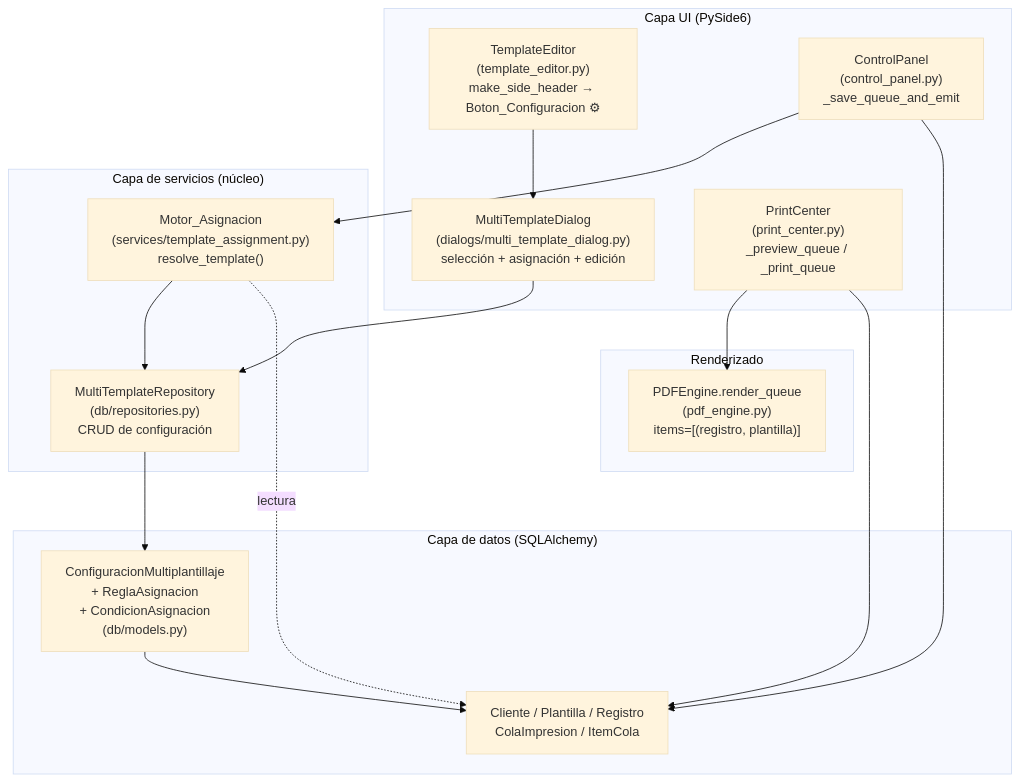
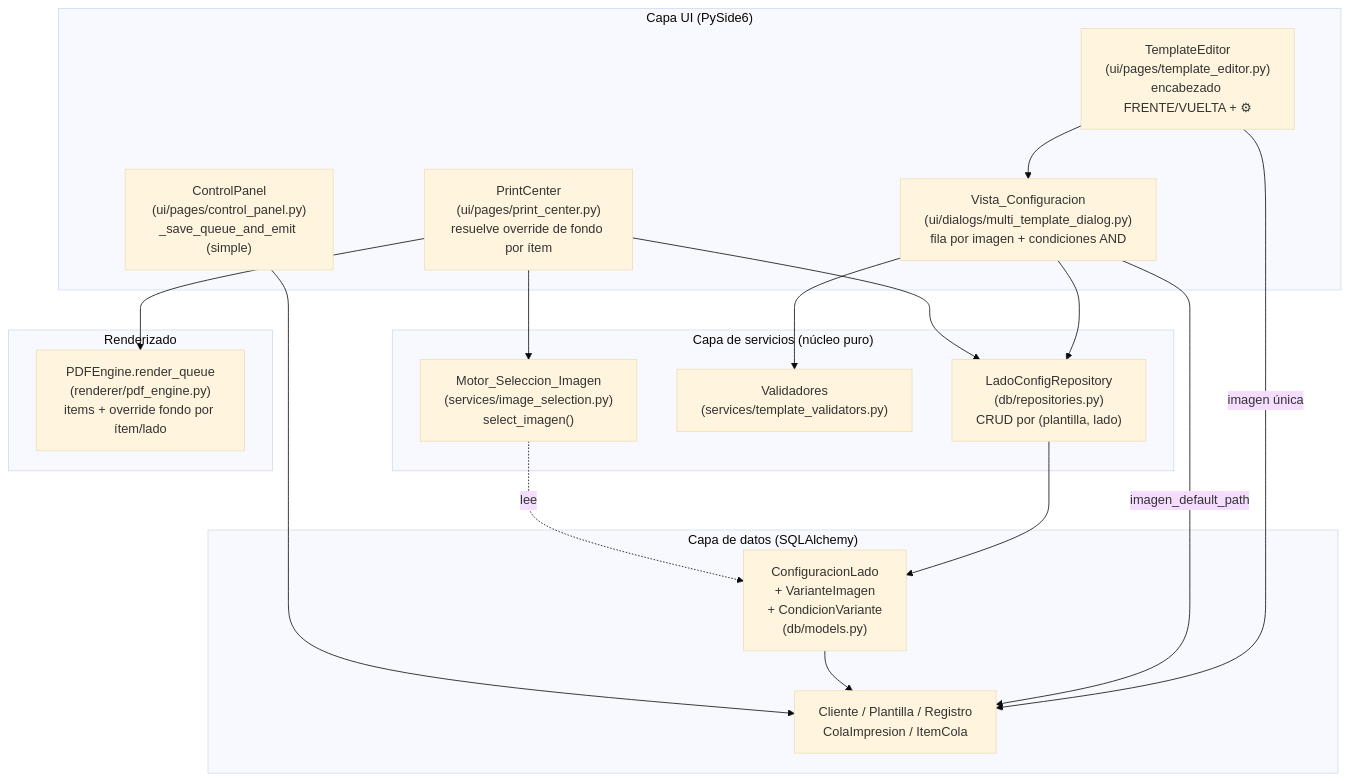
Before and after one commit to kioriy/sistema_credencializacion: the first of 4 diagrams in .kiro/specs/multiplantillaje-base/design.md, drawn with Mermaid (base theme). The commit also changed other lines of this file and 37 other files, not shown here.

Commit message:
Se mojoraro el panel de atributos en el dieseñador, el multiplantillaje, vista previa

````diff
--- a/.kiro/specs/multiplantillaje-base/design.md
+++ b/.kiro/specs/multiplantillaje-base/design.md
@@ -42,34 +62,37 @@
 ```mermaid
 graph TD
     subgraph UI["Capa UI (PySide6)"]
-        TE["TemplateEditor<br/>(template_editor.py)<br/>make_side_header → Boton_Configuracion ⚙"]
-        DLG["MultiTemplateDialog<br/>(dialogs/multi_template_dialog.py)<br/>selección + asignación + edición"]
-        CP["ControlPanel<br/>(control_panel.py)<br/>_save_queue_and_emit"]
-        PC["PrintCenter<br/>(print_center.py)<br/>_preview_queue / _print_queue"]
+        TE["TemplateEditor<br/>(ui/pages/template_editor.py)<br/>encabezado FRENTE/VUELTA + ⚙"]
+        DLG["Vista_Configuracion<br/>(ui/dialogs/multi_template_dialog.py)<br/>fila por imagen + condiciones AND"]
+        CP["ControlPanel<br/>(ui/pages/control_panel.py)<br/>_save_queue_and_emit (simple)"]
+        PC["PrintCenter<br/>(ui/pages/print_center.py)<br/>resuelve override de fondo por ítem"]
     end
 
-    subgraph SVC["Capa de servicios (núcleo)"]
-        ENGINE["Motor_Asignacion<br/>(services/template_assignment.py)<br/>resolve_template()"]
-        REPO["MultiTemplateRepository<br/>(db/repositories.py)<br/>CRUD de configuración"]
+    subgraph SVC["Capa de servicios (núcleo puro)"]
+        ENGINE["Motor_Seleccion_Imagen<br/>(services/image_selection.py)<br/>select_imagen()"]
+        VALID["Validadores<br/>(services/template_validators.py)"]
+        REPO["LadoConfigRepository<br/>(db/repositories.py)<br/>CRUD por (plantilla, lado)"]
     end
 
     subgraph DATA["Capa de datos (SQLAlchemy)"]
-        MODEL["ConfiguracionMultiplantillaje<br/>+ ReglaAsignacion<br/>+ CondicionAsignacion<br/>(db/models.py)"]
+        MODEL["ConfiguracionLado<br/>+ VarianteImagen<br/>+ CondicionVariante<br/>(db/models.py)"]
         EXIST["Cliente / Plantilla / Registro<br/>ColaImpresion / ItemCola"]
     end
 
     subgraph RENDER["Renderizado"]
-        PDF["PDFEngine.render_queue<br/>(pdf_engine.py)<br/>items=[(registro, plantilla)]"]
+        PDF["PDFEngine.render_queue<br/>(renderer/pdf_engine.py)<br/>items + override fondo por ítem/lado"]
     end
 
     TE --> DLG
+    TE -->|imagen única| EXIST
     DLG --> REPO
-    CP --> ENGINE
-    ENGINE --> REPO
+    DLG --> VALID
+    DLG -->|imagen_default_path| EXIST
     REPO --> MODEL
     MODEL --> EXIST
     CP --> EXIST
+    PC --> REPO
+    PC --> ENGINE
     PC --> PDF
-    PC --> EXIST
-    ENGINE -.lectura.-> EXIST
+    ENGINE -.lee.-> MODEL
 ```
````
